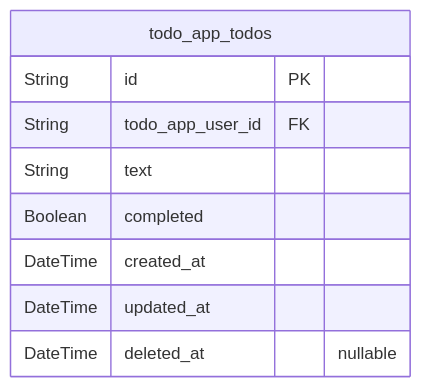
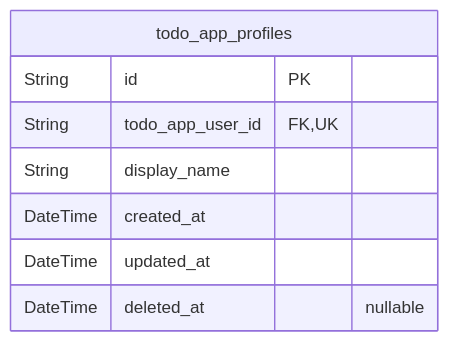
One commit to wrtnlabs/autobe-examples changed the fifth of 5 diagrams in deepseek/deepseek-v3.1-terminus-exacto/todo/docs/ERD.md. Above: the diagram before and after it, drawn with Mermaid. The commit also changed other lines of this file and 9391 other files, not shown here.

````diff
--- a/deepseek/deepseek-v3.1-terminus-exacto/todo/docs/ERD.md
+++ b/deepseek/deepseek-v3.1-terminus-exacto/todo/docs/ERD.md
@@ -289,12 +1470,11 @@
 ```mermaid
 erDiagram
-"todo_app_todos" {
+"todo_app_profiles" {
   String id PK
-  String todo_app_user_id FK
-  String text
-  Boolean completed
+  String todo_app_user_id FK,UK
+  String display_name
   DateTime created_at
   DateTime updated_at
   DateTime deleted_at "nullable"
 }
 ```
````
